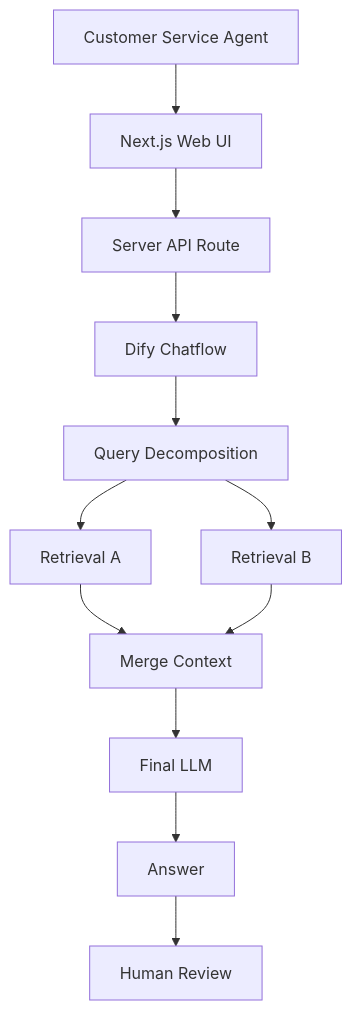
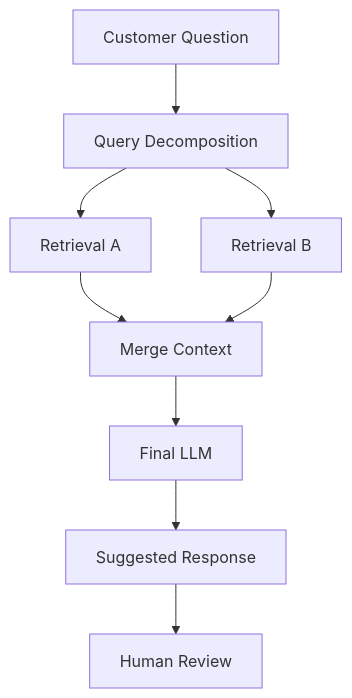
The diagram in README.md (GloriaCute/ai-customer-service-copilot), drawn with Mermaid before and after one commit. The commit also changed other lines of this file and 1 other file, not shown here.

````diff
--- a/README.md
+++ b/README.md
@@ -38,14 +93,11 @@
 ```mermaid
 flowchart TD
-  User[Customer Service Agent] --> UI[Next.js Web UI]
-  UI --> API[Server API Route]
-  API --> Dify[Dify Chatflow]
-  Dify --> Decompose[Query Decomposition]
-  Decompose --> RetrievalA[Retrieval A]
-  Decompose --> RetrievalB[Retrieval B]
-  RetrievalA --> Merge[Merge Context]
-  RetrievalB --> Merge
-  Merge --> LLM[Final LLM]
-  LLM --> Answer[Answer]
-  Answer --> Review[Human Review]
+    Q[Customer Question] --> D[Query Decomposition]
+    D --> R1[Retrieval A]
+    D --> R2[Retrieval B]
+    R1 --> C[Merge Context]
+    R2 --> C
+    C --> L[Final LLM]
+    L --> S[Suggested Response]
+    S --> H[Human Review]
 ```
````
